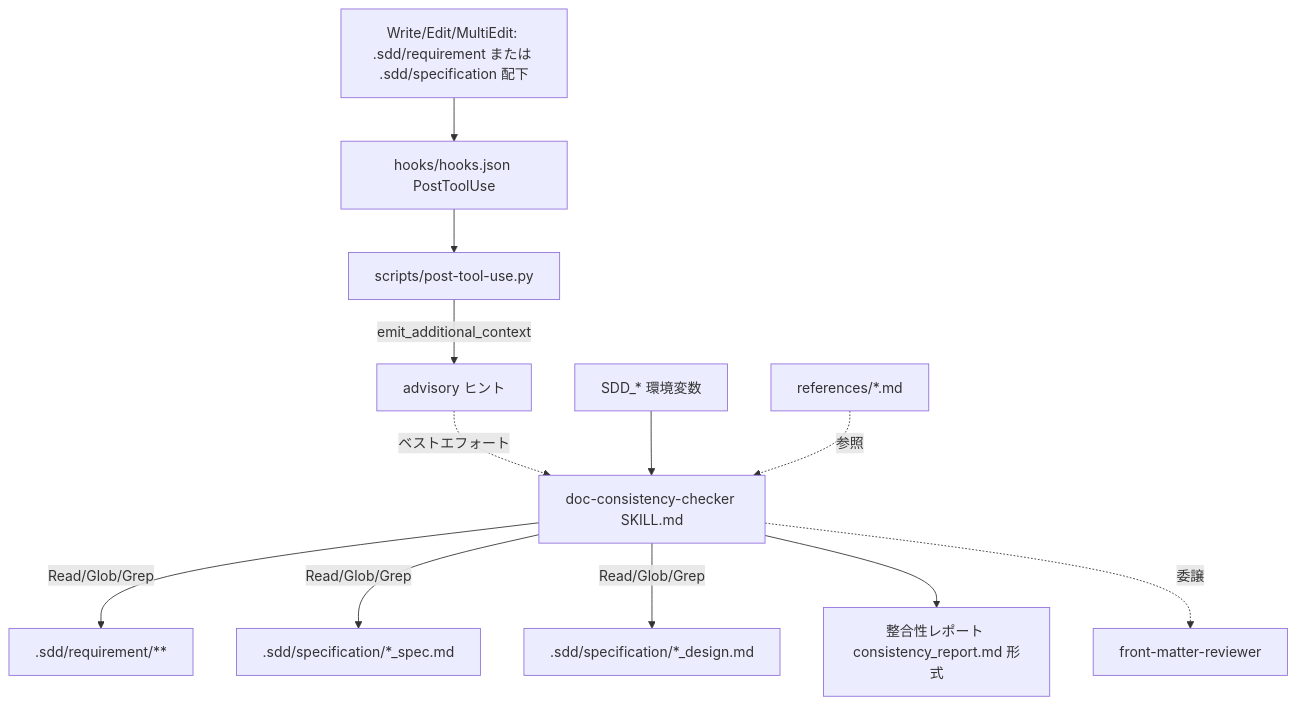
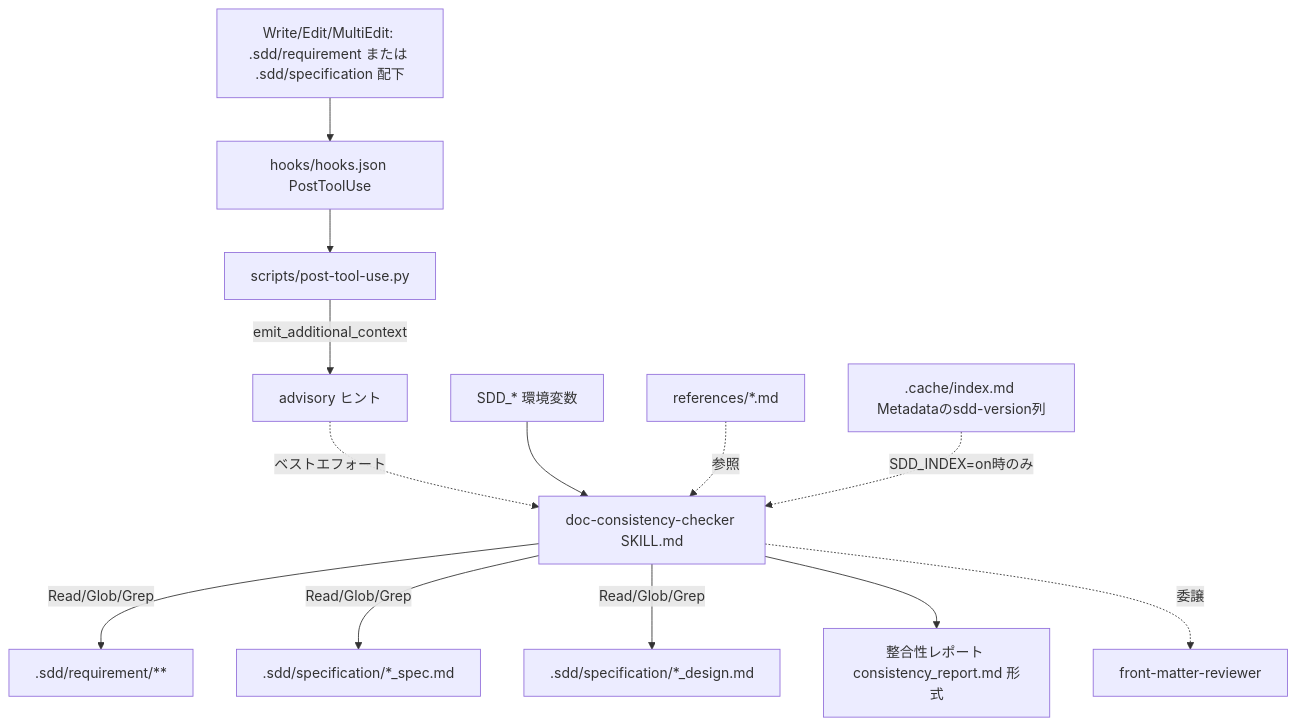
One commit to ToshikiImagawa/ai-sdd-workflow-dev changed the diagram in .sdd/specification/quality-guardrails/doc-consistency-check_design.md. Above: the diagram before and after it, drawn with Mermaid. The commit also changed other lines of this file and 22 other files, not shown here.

````diff
--- a/.sdd/specification/quality-guardrails/doc-consistency-check_design.md
+++ b/.sdd/specification/quality-guardrails/doc-consistency-check_design.md
@@ -71,14 +71,15 @@
 ```mermaid
 graph TD
     FileEdit[Write/Edit/MultiEdit: .sdd/requirement または .sdd/specification 配下] --> Hook[hooks/hooks.json PostToolUse]
     Hook --> Script[scripts/post-tool-use.py]
     Script -->|emit_additional_context| Hint[advisory ヒント]
     Hint -.ベストエフォート.-> Skill[doc-consistency-checker SKILL.md]
     EnvVars[SDD_* 環境変数] --> Skill
     Skill -->|Read/Glob/Grep| PRD[.sdd/requirement/**]
     Skill -->|Read/Glob/Grep| Spec[.sdd/specification/*_spec.md]
     Skill -->|Read/Glob/Grep| Design[.sdd/specification/*_design.md]
     Refs[references/*.md] -.参照.-> Skill
+    Index[.cache/index.md Metadataのsdd-version列] -.SDD_INDEX=on時のみ.-> Skill
     Skill --> Report[整合性レポート consistency_report.md 形式]
     Skill -.委譲.-> FMReviewer[front-matter-reviewer]
 ```
````
